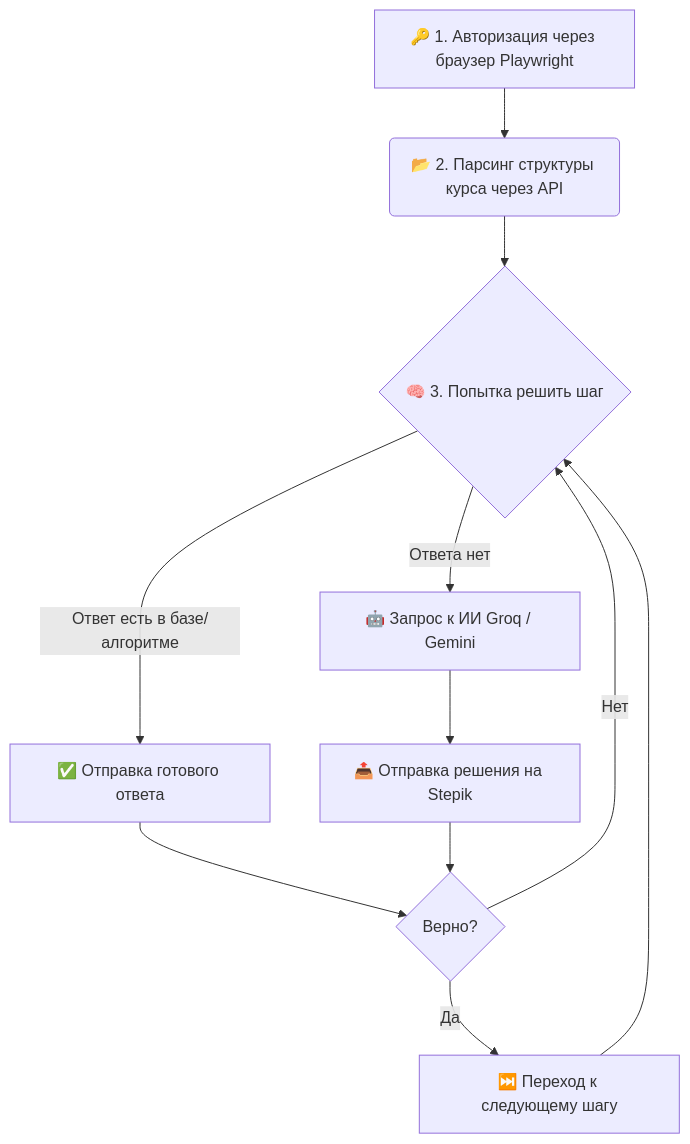
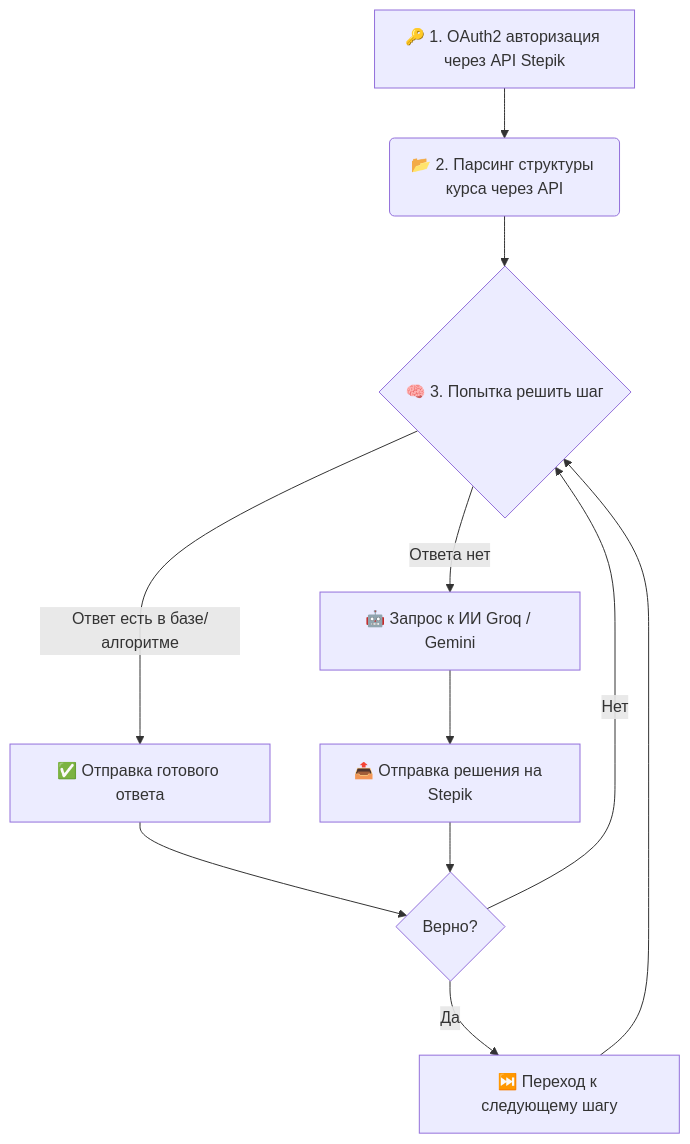
One commit to antonk404/quiz-solver-stepik changed the diagram in README.md. Above: the diagram before and after it, drawn with Mermaid. The commit also changed other lines of this file and 31 other files, not shown here.

Commit message:
Готовый бот, который работает только через api степика

````diff
--- a/README.md
+++ b/README.md
@@ -37,13 +37,13 @@
 ```mermaid
 graph TD
-	A[🔑 1. Авторизация через браузер Playwright] --> B(📂 2. Парсинг структуры курса через API)
+	A[🔑 1. OAuth2 авторизация через API Stepik] --> B(📂 2. Парсинг структуры курса через API)
 	B --> C{🧠 3. Попытка решить шаг}
 	C -->|Ответ есть в базе/алгоритме| D[✅ Отправка готового ответа]
 	C -->|Ответа нет| E[🤖 Запрос к ИИ Groq / Gemini]
 	E --> F[📤 Отправка решения на Stepik]
 	D --> G{Верно?}
 	F --> G
 	G -->|Нет| C
 	G -->|Да| H[⏭️ Переход к следующему шагу]
 	H --> C
 ```
````
